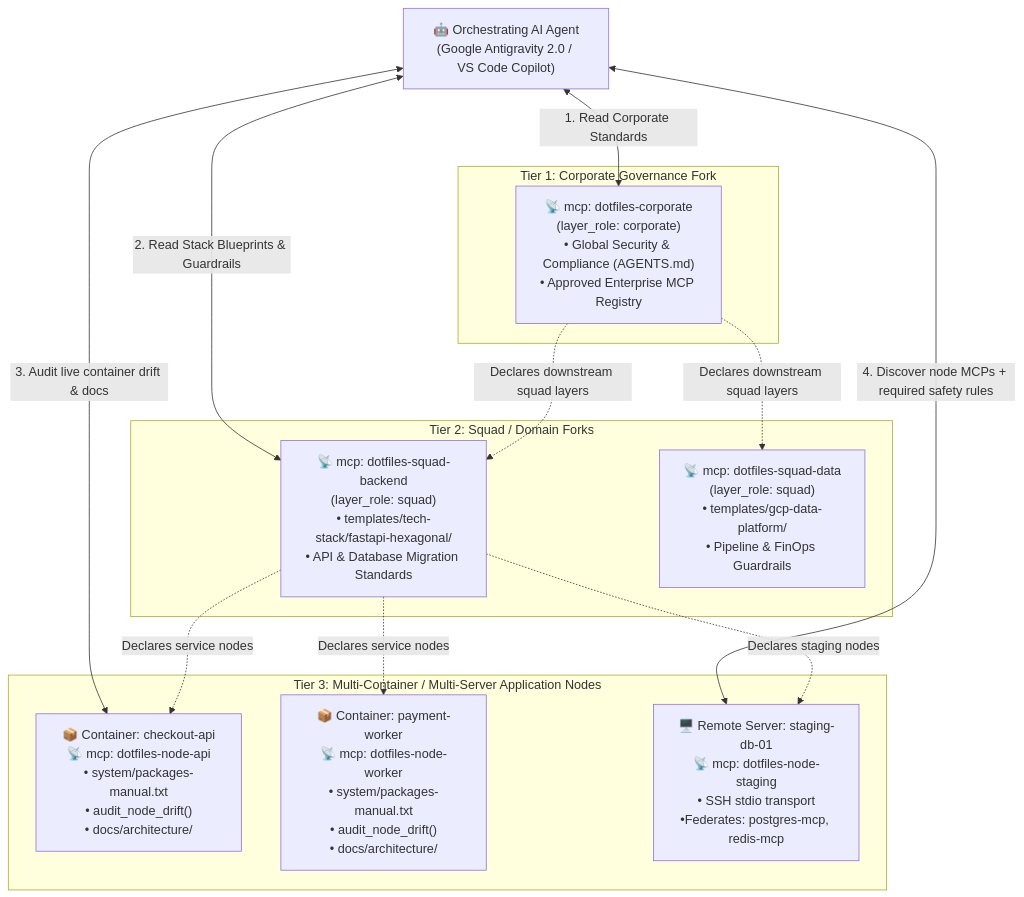
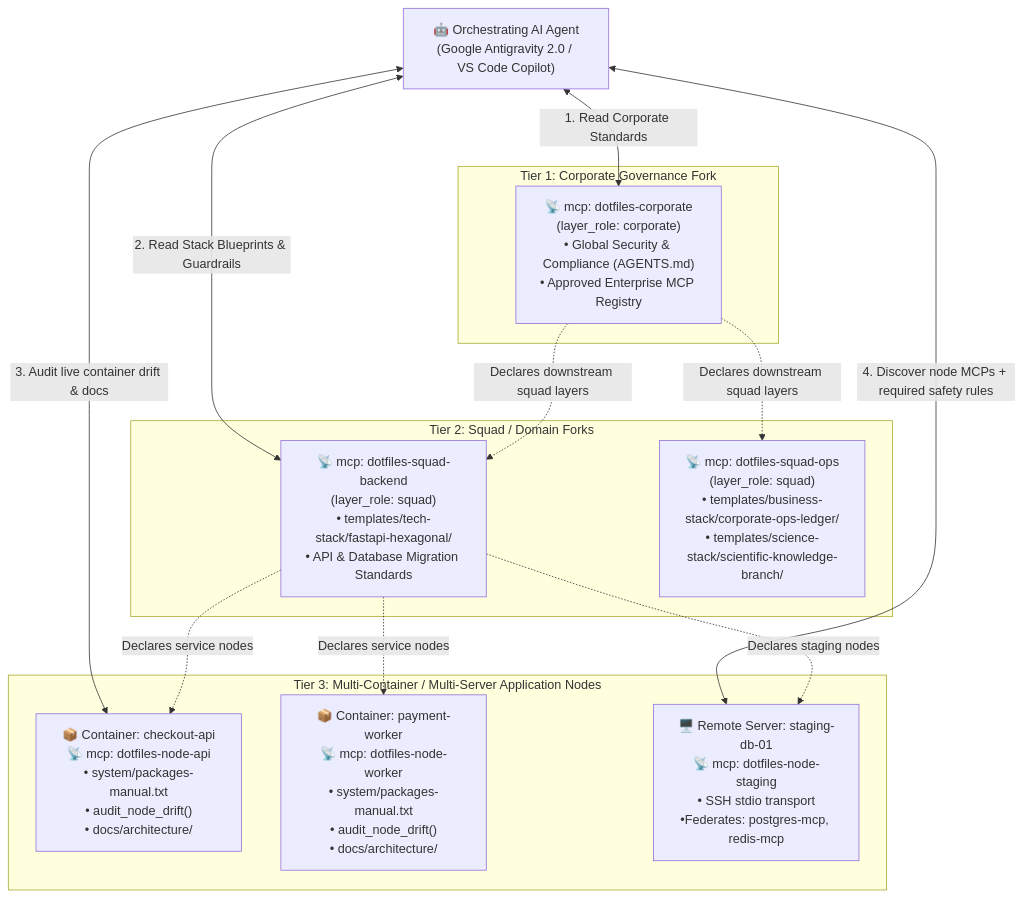
One commit to mtwuser/dotfiles-ubuntu changed the first of 2 diagrams in docs/reference/contextual_mcp_and_multi_service_orchestration.md. Above: the diagram before and after it, drawn with Mermaid. The commit also changed other lines of this file and 28 other files, not shown here.

Commit message:
docs(mcp): align 1:1:1 subpackage architecture, live MCP symbiosis, and 6-stage evolution across all docs and gates

````diff
--- a/docs/reference/contextual_mcp_and_multi_service_orchestration.md
+++ b/docs/reference/contextual_mcp_and_multi_service_orchestration.md
@@ -56,29 +56,29 @@
 ```mermaid
 flowchart TD
     Agent["🤖 Orchestrating AI Agent\n(Google Antigravity 2.0 / VS Code Copilot)"]
 
     subgraph Tier1["Tier 1: Corporate Governance Fork"]
         CorpMCP["📡 mcp: dotfiles-corporate\n(layer_role: corporate)\n• Global Security & Compliance (AGENTS.md)\n• Approved Enterprise MCP Registry"]
     end
 
     subgraph Tier2["Tier 2: Squad / Domain Forks"]
         BackendMCP["📡 mcp: dotfiles-squad-backend\n(layer_role: squad)\n• templates/tech-stack/fastapi-hexagonal/\n• API & Database Migration Standards"]
-        DataMCP["📡 mcp: dotfiles-squad-data\n(layer_role: squad)\n• templates/gcp-data-platform/\n• Pipeline & FinOps Guardrails"]
+        DataMCP["📡 mcp: dotfiles-squad-ops\n(layer_role: squad)\n• templates/business-stack/corporate-ops-ledger/\n• templates/science-stack/scientific-knowledge-branch/"]
     end
 
     subgraph Tier3["Tier 3: Multi-Container / Multi-Server Application Nodes"]
         NodeAPI["📦 Container: checkout-api\n📡 mcp: dotfiles-node-api\n• system/packages-manual.txt\n• audit_node_drift()\n• docs/architecture/"]
         NodeWorker["📦 Container: payment-worker\n📡 mcp: dotfiles-node-worker\n• system/packages-manual.txt\n• audit_node_drift()\n• docs/architecture/"]
         NodeStaging["🖥️ Remote Server: staging-db-01\n📡 mcp: dotfiles-node-staging\n• SSH stdio transport\n•Federates: postgres-mcp, redis-mcp"]
     end
 
     Agent <-->|"1. Read Corporate Standards"| CorpMCP
     CorpMCP -.->|"Declares downstream squad layers"| BackendMCP
     CorpMCP -.->|"Declares downstream squad layers"| DataMCP
     Agent <-->|"2. Read Stack Blueprints & Guardrails"| BackendMCP
     BackendMCP -.->|"Declares service nodes"| NodeAPI
     BackendMCP -.->|"Declares service nodes"| NodeWorker
     BackendMCP -.->|"Declares staging nodes"| NodeStaging
     Agent <-->|"3. Audit live container drift & docs"| NodeAPI
     Agent <-->|"4. Discover node MCPs + required safety rules"| NodeStaging
 ```
````
